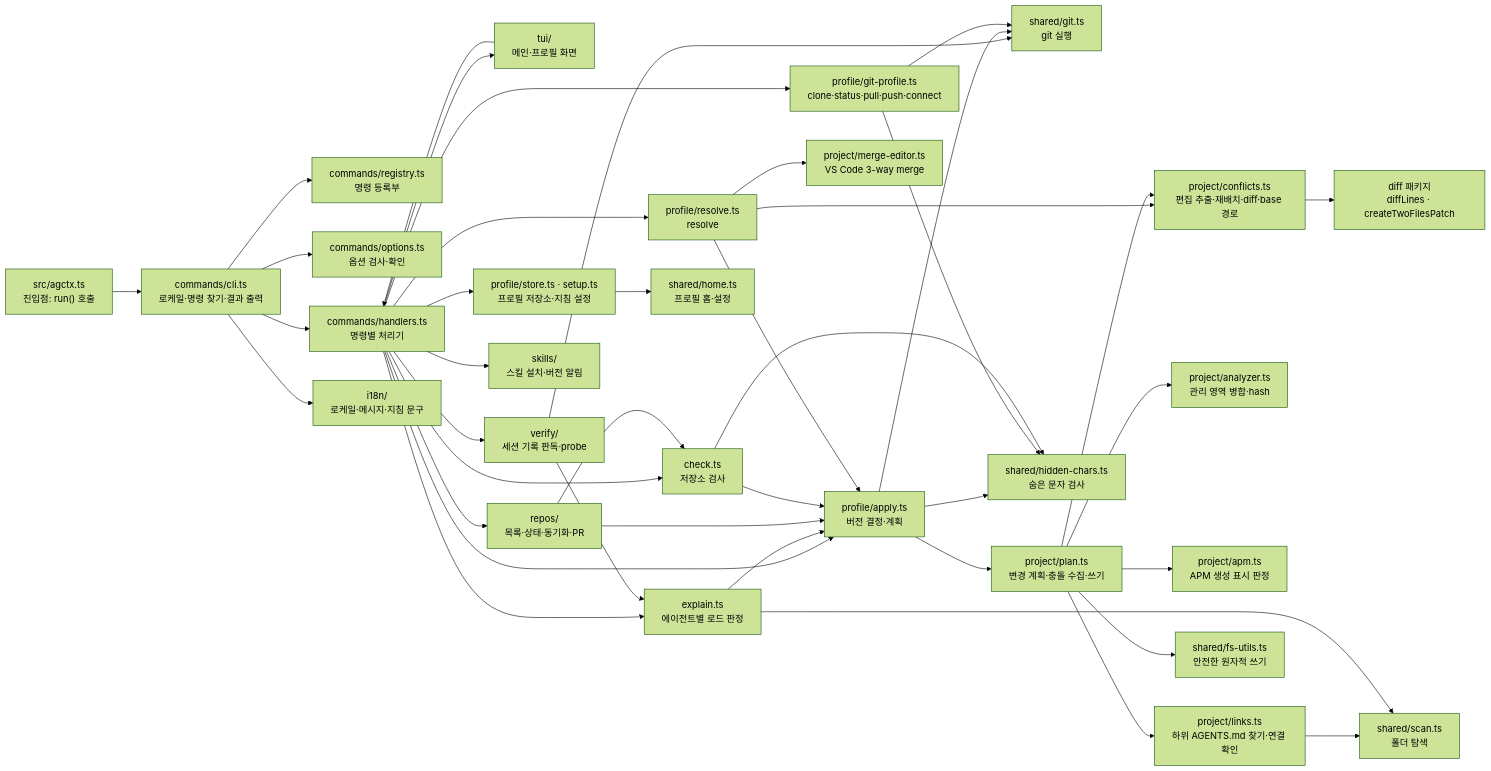
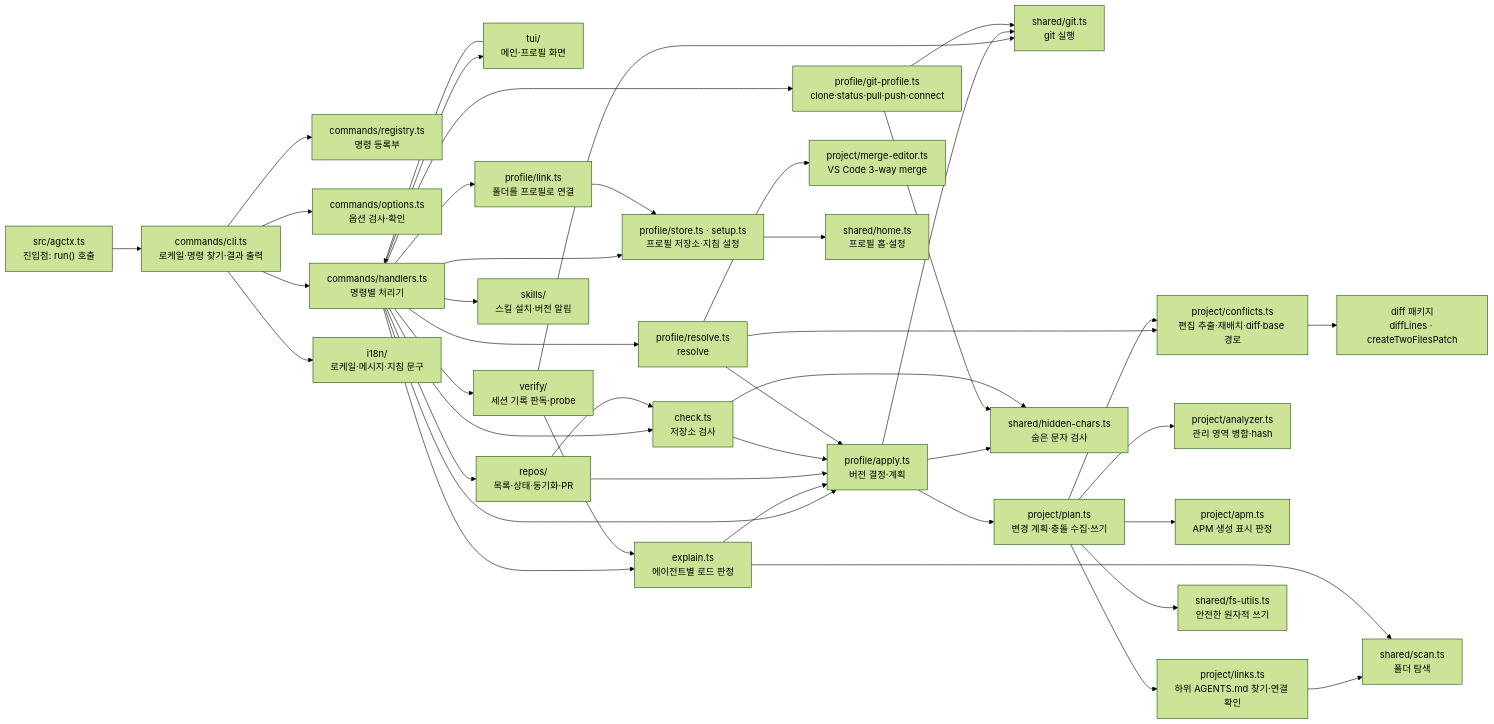
One commit to IsthisLee/agent-context-manager changed the diagram in docs/contributing/implementation-mechanics.md. Above: the diagram before and after it, drawn with Mermaid (forest theme). The commit also changed other lines of this file and 49 other files, not shown here.

First line of the commit message:
feat: 이미 있는 규칙 저장소 폴더를 profile link로 프로필에 연결한다 (#78)

````diff
--- a/docs/contributing/implementation-mechanics.md
+++ b/docs/contributing/implementation-mechanics.md
@@ -18,43 +18,45 @@
 ```mermaid
 flowchart LR
   entry["src/agctx.ts<br/>진입점: run() 호출"] --> cli["commands/cli.ts<br/>로케일·명령 찾기·결과 출력"]
   cli --> registry["commands/registry.ts<br/>명령 등록부"]
   cli --> options["commands/options.ts<br/>옵션 검사·확인"]
   cli --> handlers["commands/handlers.ts<br/>명령별 처리기"]
   handlers --> tui["tui/<br/>메인·프로필 화면"]
   tui --> handlers
   handlers --> store["profile/store.ts · setup.ts<br/>프로필 저장소·지침 설정"]
   handlers --> apply["profile/apply.ts<br/>버전 결정·계획"]
   handlers --> resolve["profile/resolve.ts<br/>resolve"]
   handlers --> gitprofile["profile/git-profile.ts<br/>clone·status·pull·push·connect"]
+  handlers --> link["profile/link.ts<br/>폴더를 프로필로 연결"]
+  link --> store
   handlers --> check["check.ts<br/>저장소 검사"]
   handlers --> repos["repos/<br/>목록·상태·동기화·PR"]
   handlers --> explain["explain.ts<br/>에이전트별 로드 판정"]
   handlers --> verify["verify/<br/>세션 기록 판독·probe"]
   handlers --> skillsmod["skills/<br/>스킬 설치·버전 알림"]
   verify --> explain
   explain --> apply
   verify --> gitrun
   repos --> check
   repos --> apply
   check --> apply
   resolve --> apply
   apply --> plan["project/plan.ts<br/>변경 계획·충돌 수집·쓰기"]
   apply --> gitrun["shared/git.ts<br/>git 실행"]
   gitprofile --> gitrun
   apply --> hidden["shared/hidden-chars.ts<br/>숨은 문자 검사"]
   gitprofile --> hidden
   check --> hidden
   resolve --> merge["project/merge-editor.ts<br/>VS Code 3-way merge"]
   resolve --> conflicts["project/conflicts.ts<br/>편집 추출·재배치·diff·base 경로"]
   plan --> analyzer["project/analyzer.ts<br/>관리 영역 병합·hash"]
   plan --> apm["project/apm.ts<br/>APM 생성 표시 판정"]
   plan --> links["project/links.ts<br/>하위 AGENTS.md 찾기·연결 확인"]
   links --> scan["shared/scan.ts<br/>폴더 탐색"]
   explain --> scan
   plan --> conflicts
   plan --> fsutils["shared/fs-utils.ts<br/>안전한 원자적 쓰기"]
   store --> home["shared/home.ts<br/>프로필 홈·설정"]
   cli --> i18n["i18n/<br/>로케일·메시지·지침 문구"]
   conflicts --> jsdiff["diff 패키지<br/>diffLines · createTwoFilesPatch"]
 ```
````
